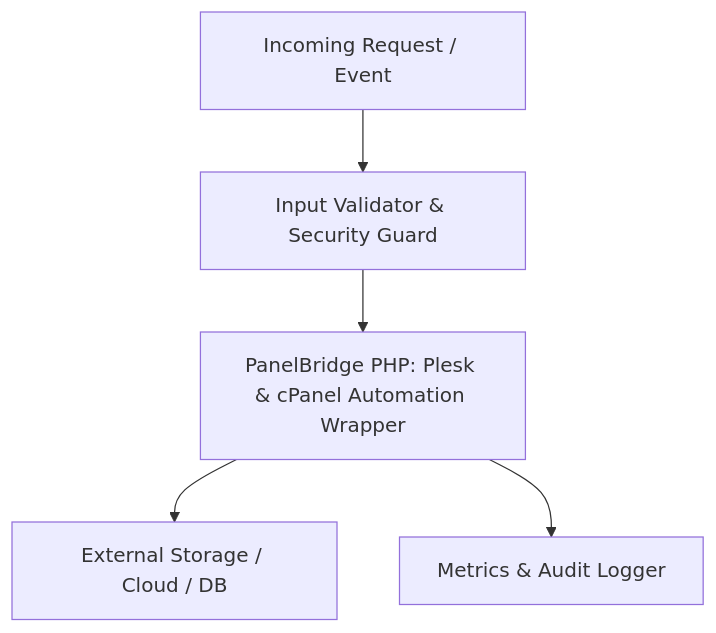
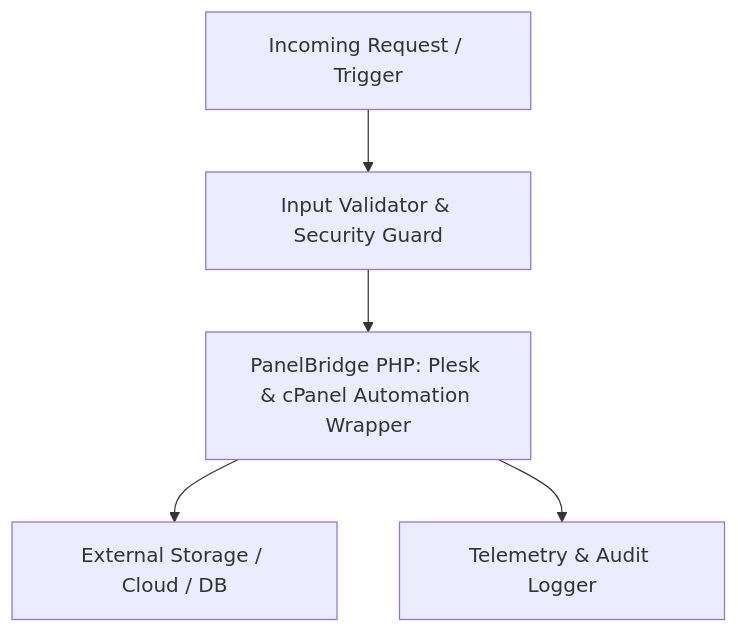
The diagram in README.md (smit-backend/cpanel-plesk-bridge), drawn with Mermaid before and after one commit. The commit also changed other lines of this file, not shown here.

Commit message:
docs(readme): add detailed architectural flowchart, usage examples, and badges

````diff
--- a/README.md
+++ b/README.md
@@ -23,7 +23,7 @@
 ```mermaid
 graph TD
-    Client[Incoming Request / Event] --> Gate[Input Validator & Security Guard]
+    Client[Incoming Request / Trigger] --> Gate[Input Validator & Security Guard]
     Gate --> CoreEngine[PanelBridge PHP: Plesk & cPanel Automation Wrapper]
     CoreEngine --> Adapter[External Storage / Cloud / DB]
-    CoreEngine --> Observer[Metrics & Audit Logger]
+    CoreEngine --> Observer[Telemetry & Audit Logger]
 ```
````
